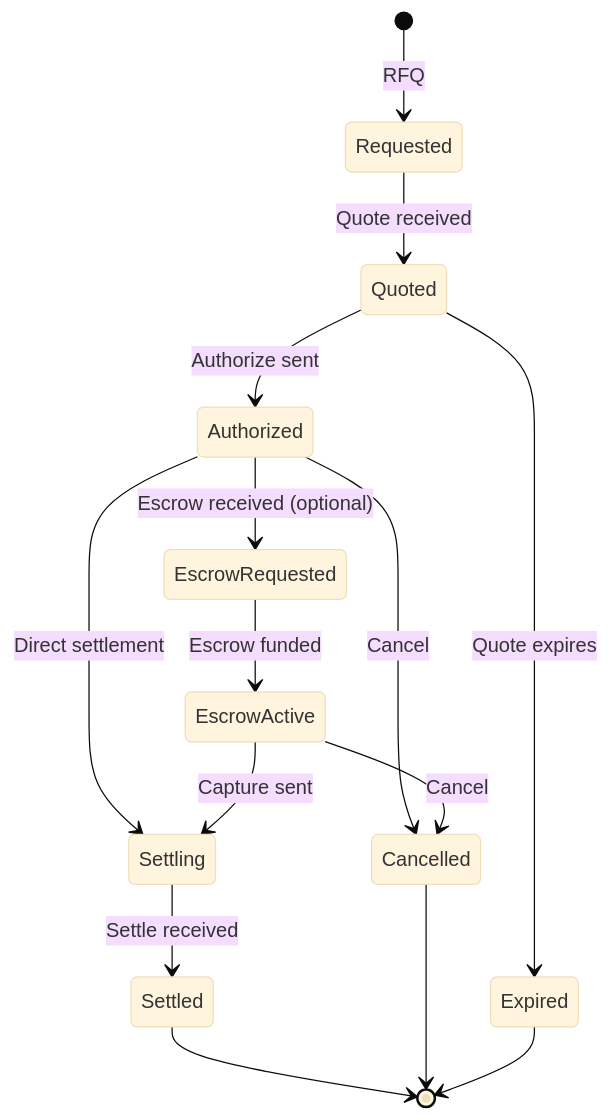
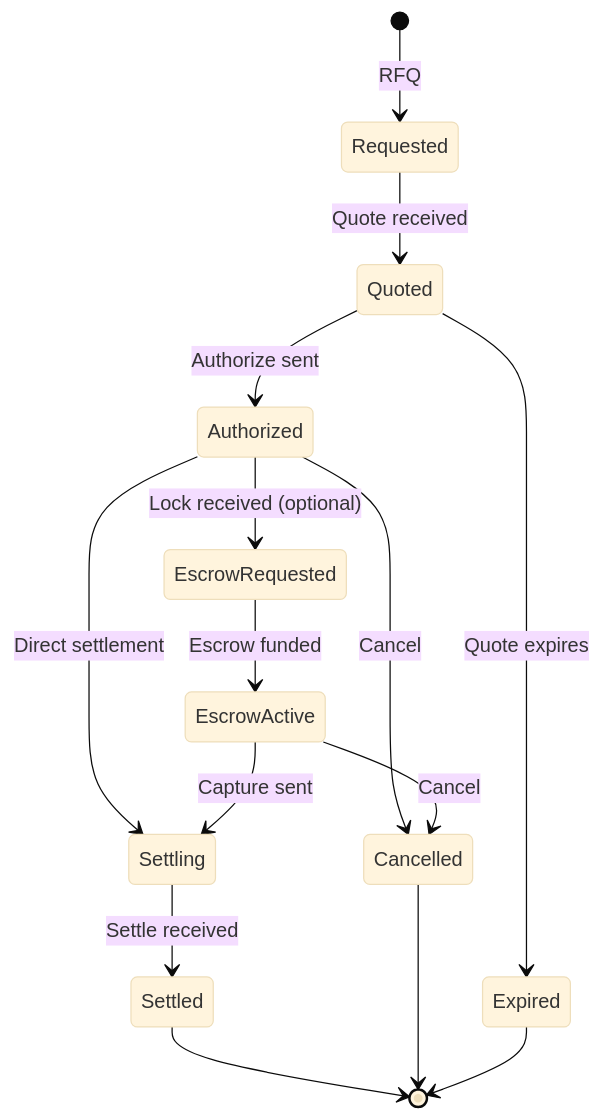
One commit to TransactionAuthorizationProtocol/TAIPs changed the first of 5 diagrams in TAIPs/taip-18.md. Above: the diagram before and after it, drawn with Mermaid (base theme). The commit also changed other lines of this file and 14 other files, not shown here.

First line of the commit message:
Rename TAIP-17 Escrow message type to Lock

````diff
--- a/TAIPs/taip-18.md
+++ b/TAIPs/taip-18.md
@@ -455,17 +455,17 @@
 ```mermaid
 stateDiagram-v2
     [*] --> Requested : RFQ
     Requested --> Quoted : Quote received
     Quoted --> Authorized : Authorize sent
-    Authorized --> EscrowRequested : Escrow received (optional)
+    Authorized --> EscrowRequested : Lock received (optional)
     Authorized --> Settling : Direct settlement
     EscrowRequested --> EscrowActive : Escrow funded
     EscrowActive --> Settling : Capture sent
     Settling --> Settled : Settle received
     Quoted --> Expired : Quote expires
     Authorized --> Cancelled : Cancel
     EscrowActive --> Cancelled : Cancel
     Settled --> [*]
     Cancelled --> [*]
     Expired --> [*]
 ```
````
